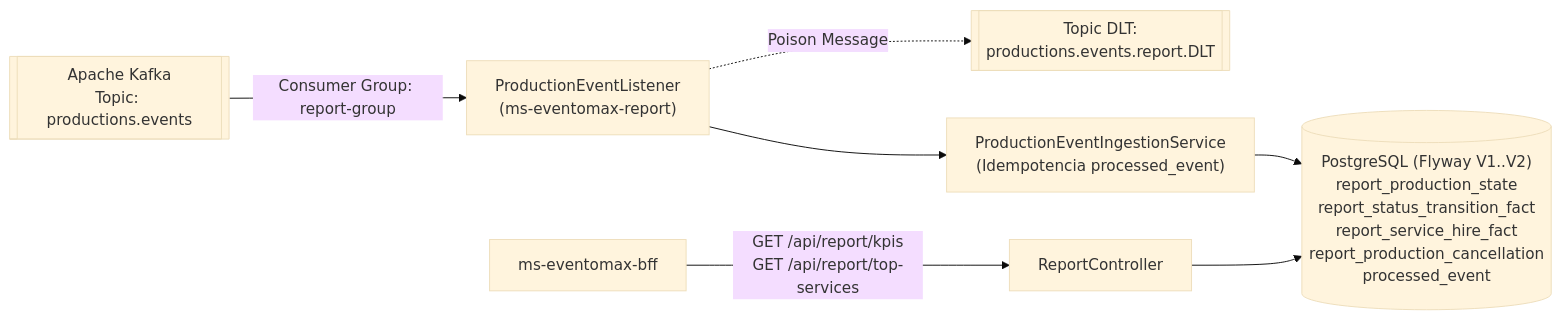
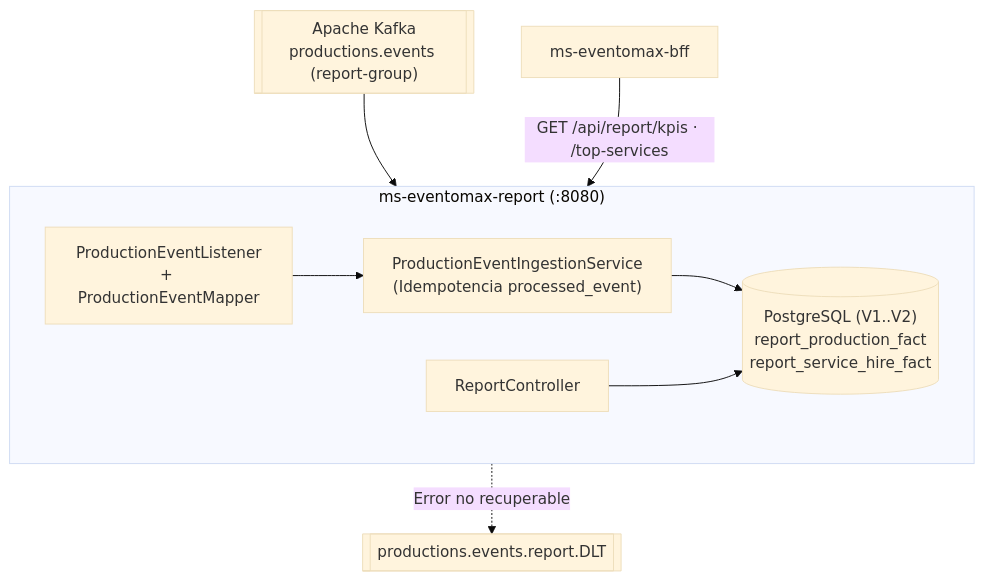
One commit to Nachovn12/ms-eventomax-report changed the diagram in README.md. Above: the diagram before and after it, drawn with Mermaid (base theme). The commit also changed other lines of this file and 7 other files, not shown here.

Commit message:
docs: standardize professional README with banner, stack icons and Mermaid diagram

````diff
--- a/README.md
+++ b/README.md
@@ -19,9 +69,15 @@
 ```mermaid
-flowchart LR
-    KFK[["Apache Kafka\nTopic: productions.events"]] -->|Consumer Group: report-group| LISTENER["ProductionEventListener\n(ms-eventomax-report)"]
-    LISTENER -.->|Poison Message| DLT[["Topic DLT:\nproductions.events.report.DLT"]]
-    LISTENER --> INGEST["ProductionEventIngestionService\n(Idempotencia processed_event)"]
-    INGEST --> PG_REP[("PostgreSQL (Flyway V1..V2)\nreport_production_state\nreport_status_transition_fact\nreport_service_hire_fact\nreport_production_cancellation\nprocessed_event")]
-    BFF["ms-eventomax-bff"] -->|GET /api/report/kpis\nGET /api/report/top-services| CTRL["ReportController"]
-    CTRL --> PG_REP
+flowchart TB
+    KFK[["Apache Kafka<br/>productions.events (report-group)"]] --> LISTEN
+    DLT[["productions.events.report.DLT"]]
+
+    subgraph REP["ms-eventomax-report (:8080)"]
+        direction LR
+        LISTEN["ProductionEventListener<br/>+ ProductionEventMapper"] --> INGEST["ProductionEventIngestionService<br/>(Idempotencia processed_event)"]
+        INGEST --> PG[("PostgreSQL (V1..V2)<br/>report_production_fact<br/>report_service_hire_fact")]
+        CTRL["ReportController"] --> PG
+    end
+
+    LISTEN -.->|"Error no recuperable"| DLT
+    BFF["ms-eventomax-bff"] -->|"GET /api/report/kpis · /top-services"| CTRL
 ```
````
